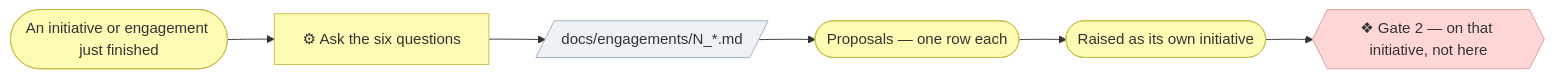
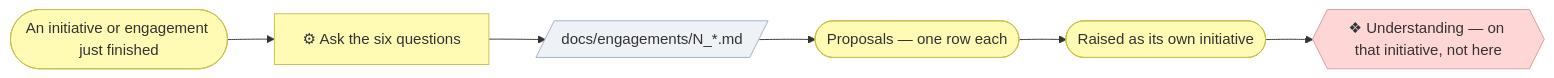
One commit to roanboc/archreator changed the diagram in plugins/archreator/skills/run-retrospective/SKILL.md. Above: the diagram before and after it, drawn with Mermaid. The commit also changed 32 other files, not shown here.

````diff
--- a/plugins/archreator/skills/run-retrospective/SKILL.md
+++ b/plugins/archreator/skills/run-retrospective/SKILL.md
@@ -44,18 +44,18 @@
 ```mermaid
 flowchart LR
   fin(["An initiative or engagement just finished"])
   q["⚙ Ask the six questions"]
   note[/"docs/engagements/N_*.md"/]
   prop(["Proposals — one row each"])
   init(["Raised as its own initiative"])
-  g2{{"❖ Gate 2 — on that initiative, not here"}}
+  g2{{"❖ Understanding — on that initiative, not here"}}
 
   fin --> q --> note --> prop --> init --> g2
 
   classDef business fill:#fffbb5,stroke:#c8c04a,color:#333
   classDef implementation fill:#ffd6d6,stroke:#d99b9b,color:#333
   classDef artifact fill:#eef2f7,stroke:#9fb0c4,color:#333
   class fin,q,prop,init business
   class g2 implementation
   class note artifact
 ```
````
